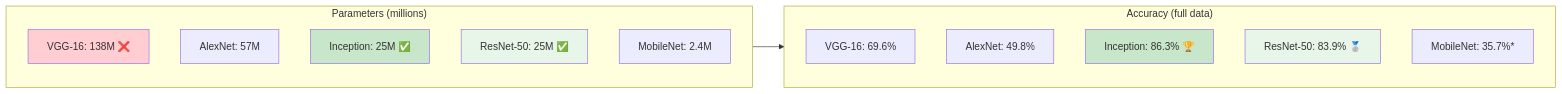
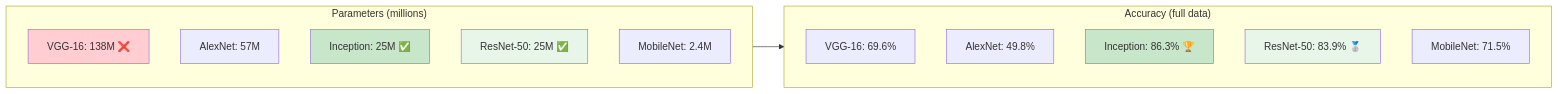
Diagram 22 of 31 in README.md (hadarwayn/L41-Which-dog-are-you-), drawn with Mermaid before and after one commit. The commit also changed other lines of this file, not shown here.

````diff
--- a/README.md
+++ b/README.md
@@ -518,28 +520,28 @@
 ```mermaid
 flowchart LR
     subgraph Size["Parameters (millions)"]
         direction TB
         S1["VGG-16: 138M ❌"]
         S2["AlexNet: 57M"]
         S3["Inception: 25M ✅"]
         S4["ResNet-50: 25M ✅"]
         S5["MobileNet: 2.4M"]
     end
 
     subgraph Acc["Accuracy (full data)"]
         direction TB
         A1["VGG-16: 69.6%"]
         A2["AlexNet: 49.8%"]
         A3["Inception: 86.3% 🏆"]
         A4["ResNet-50: 83.9% 🥈"]
-        A5["MobileNet: 35.7%*"]
+        A5["MobileNet: 71.5%"]
     end
 
     Size --> Acc
 
     style S1 fill:#ffcdd2
     style A3 fill:#c8e6c9
     style A4 fill:#e8f5e9
     style S3 fill:#c8e6c9
     style S4 fill:#e8f5e9
 ```
````
